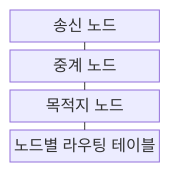
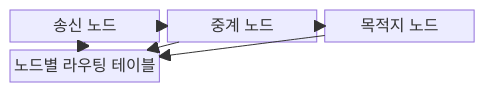
The first of 2 diagrams in src/content/docs/notes/04-network/053_ad_hoc_aodv.md (agnusdei1207/knowledge-base), drawn with Mermaid before and after one commit. The commit also changed other lines of this file and 20 other files, not shown here.

````diff
--- a/src/content/docs/notes/04-network/053_ad_hoc_aodv.md
+++ b/src/content/docs/notes/04-network/053_ad_hoc_aodv.md
@@ -57,11 +59,13 @@
 ```mermaid
 block-beta
-    columns 1
+    columns 3
     A["송신 노드"]
     B["중계 노드"]
     C["목적지 노드"]
     D["노드별 라우팅 테이블"]
-    A --- B
-    B --- C
-    C --- D
+    A --> B
+    B --> C
+    A --> D
+    B --> D
+    C --> D
 ```
````
